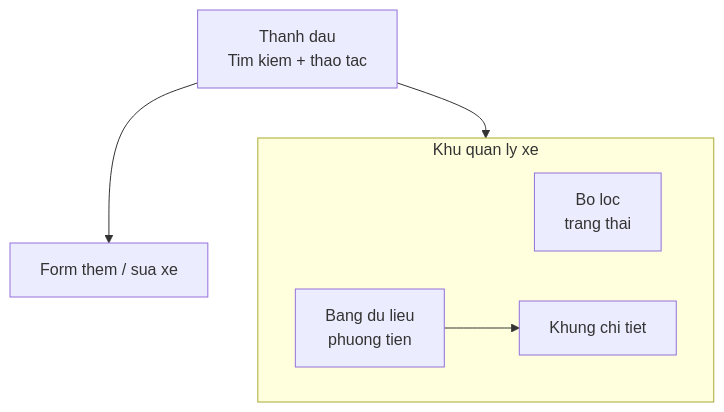
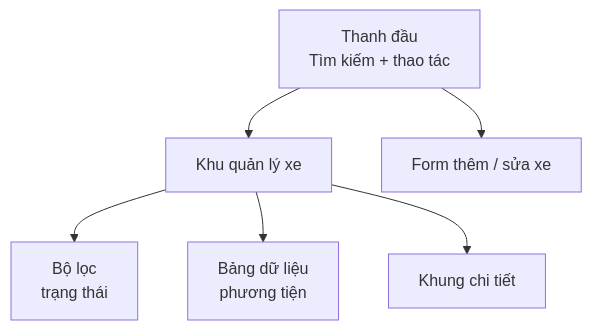
One commit to anmh1205/IoT_Vehicle_Tracking_System changed the diagram in resources/reports/thesis/final/assets/uml/09-chuong-4-trien-khai-cloud-hinh-4-21.mmd. Above: the diagram before and after it, drawn with Mermaid. The commit also changed 135 other files, not shown here.

```diff
--- a/resources/reports/thesis/final/assets/uml/09-chuong-4-trien-khai-cloud-hinh-4-21.mmd
+++ b/resources/reports/thesis/final/assets/uml/09-chuong-4-trien-khai-cloud-hinh-4-21.mmd
@@ -1,15 +1,13 @@
 flowchart TB
-    Header["Thanh dau<br/>Tim kiem + thao tac"]
-
-    subgraph Workspace["Khu quan ly xe"]
-        direction LR
-        Filter["Bo loc<br/>trang thai"]
-        Table["Bang du lieu<br/>phuong tien"]
-        Detail["Khung chi tiet"]
-    end
-
-    Form["Form them / sua xe"]
+    Header["Thanh đầu<br/>Tìm kiếm + thao tác"]
+    Workspace["Khu quản lý xe"]
+    Filter["Bộ lọc<br/>trạng thái"]
+    Table["Bảng dữ liệu<br/>phương tiện"]
+    Detail["Khung chi tiết"]
+    Form["Form thêm / sửa xe"]
 
     Header --> Workspace
-    Table --> Detail
+    Workspace --> Filter
+    Workspace --> Table
+    Workspace --> Detail
     Header --> Form
```
